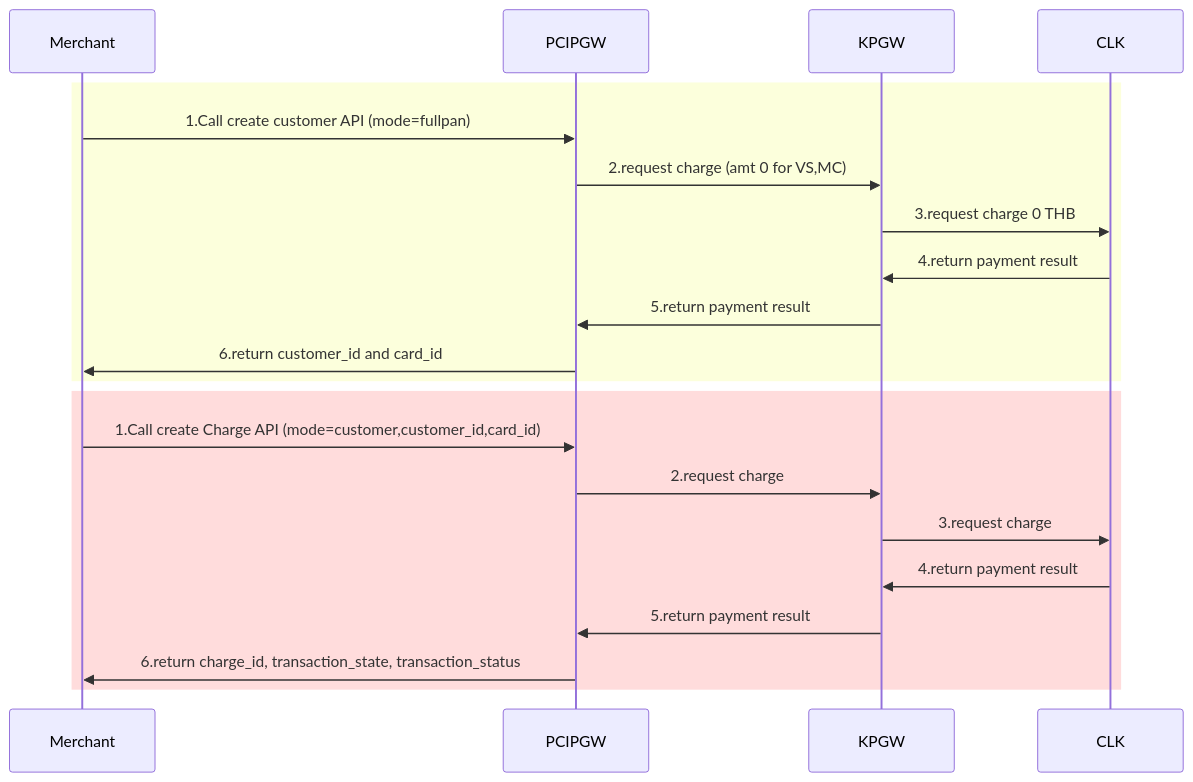
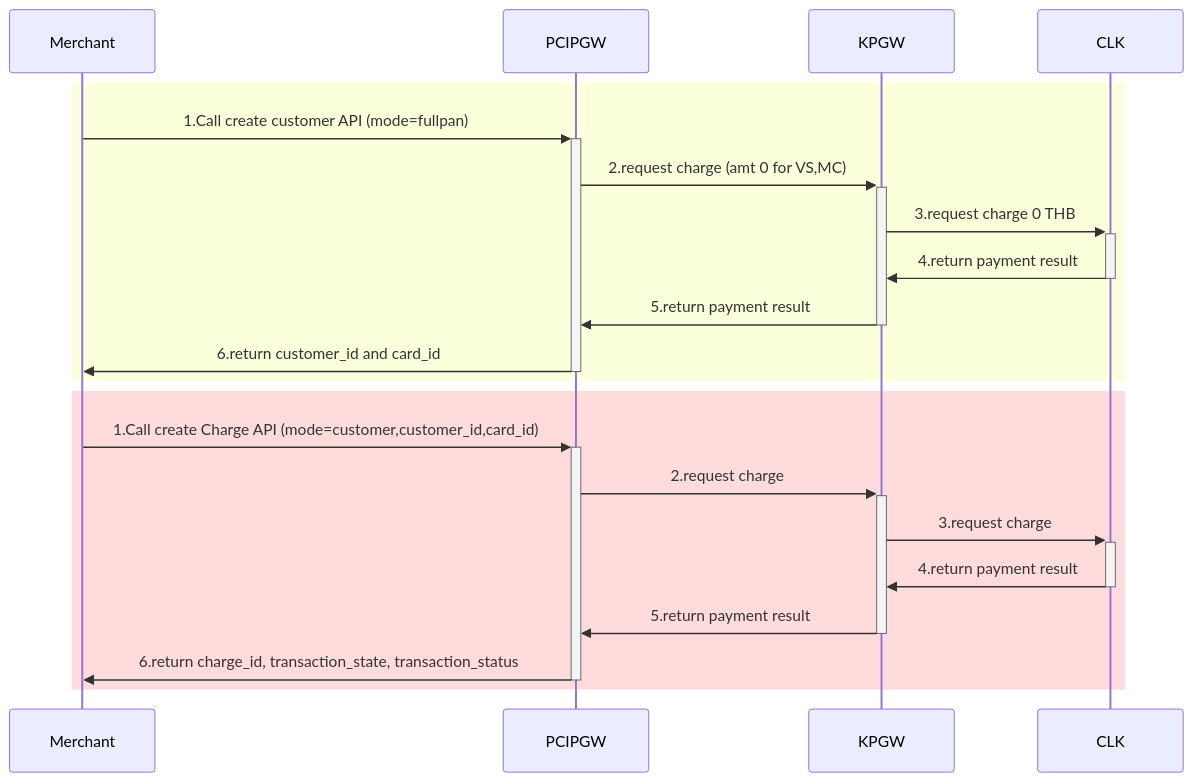
Before and after one commit to yuusuke25/MyNotes: the fifth of 6 diagrams in Cybs-Ph2-Flow1.md, drawn with Mermaid. The commit also changed other lines of this file, not shown here.

````diff
--- a/Cybs-Ph2-Flow1.md
+++ b/Cybs-Ph2-Flow1.md
@@ -173,21 +173,21 @@
 ```mermaid
     sequenceDiagram
         
         rect rgb(252, 255, 220)
-            Merchant->>PCIPGW:1.Call create customer API (mode=fullpan)
-            PCIPGW->>KPGW:2.request charge (amt 0 for VS,MC)
-            KPGW->>CLK:3.request charge 0 THB
-            CLK->>KPGW:4.return payment result
-            KPGW->>PCIPGW:5.return payment result
-            PCIPGW->>Merchant:6.return customer_id and card_id
+            Merchant->>+PCIPGW:1.Call create customer API (mode=fullpan)
+            PCIPGW->>+KPGW:2.request charge (amt 0 for VS,MC)
+            KPGW->>+CLK:3.request charge 0 THB
+            CLK->>-KPGW:4.return payment result
+            KPGW->>-PCIPGW:5.return payment result
+            PCIPGW->>-Merchant:6.return customer_id and card_id
         end
         
         rect rgb(255, 220, 220)
-            Merchant->>PCIPGW:1.Call create Charge API (mode=customer,customer_id,card_id)
-            PCIPGW->>KPGW:2.request charge
-            KPGW->>CLK:3.request charge
-            CLK->>KPGW:4.return payment result
-            KPGW->>PCIPGW:5.return payment result
-            PCIPGW->>Merchant:6.return charge_id, transaction_state, transaction_status
+            Merchant->>+PCIPGW:1.Call create Charge API (mode=customer,customer_id,card_id)
+            PCIPGW->>+KPGW:2.request charge
+            KPGW->>+CLK:3.request charge
+            CLK->>-KPGW:4.return payment result
+            KPGW->>-PCIPGW:5.return payment result
+            PCIPGW->>-Merchant:6.return charge_id, transaction_state, transaction_status
         end
 ```
````
